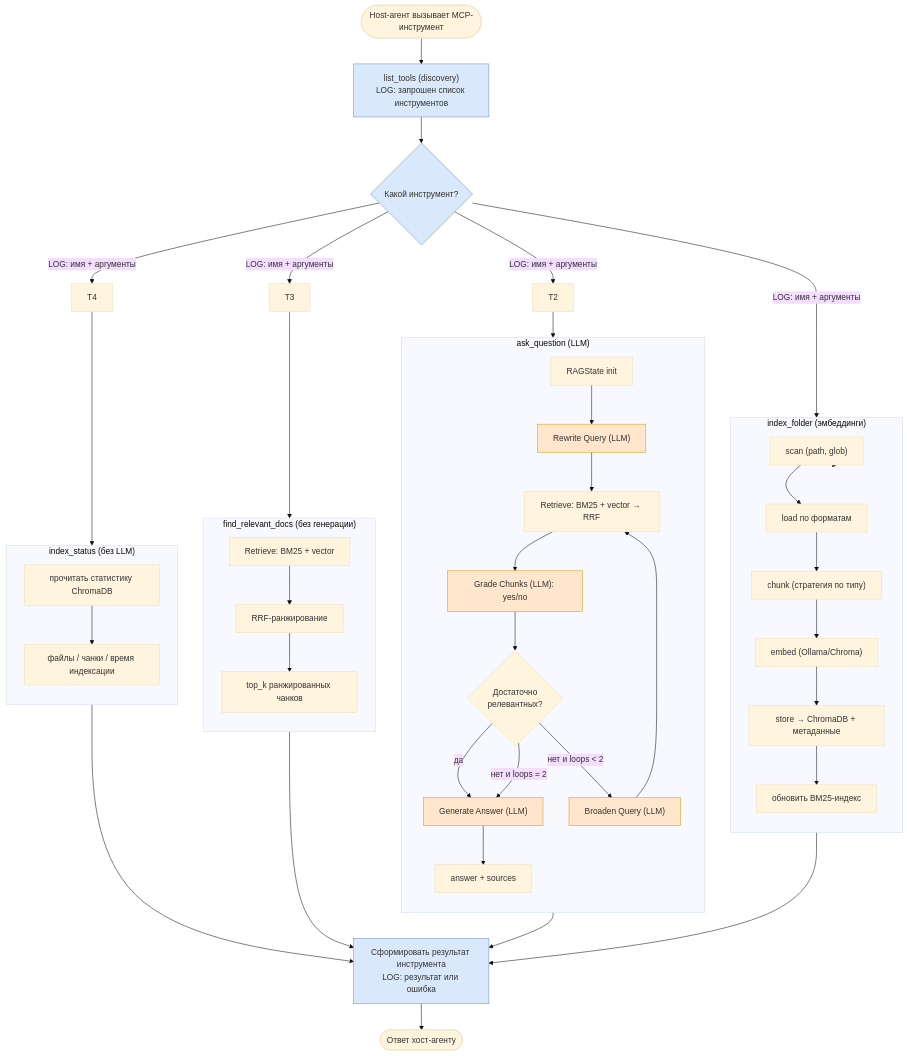
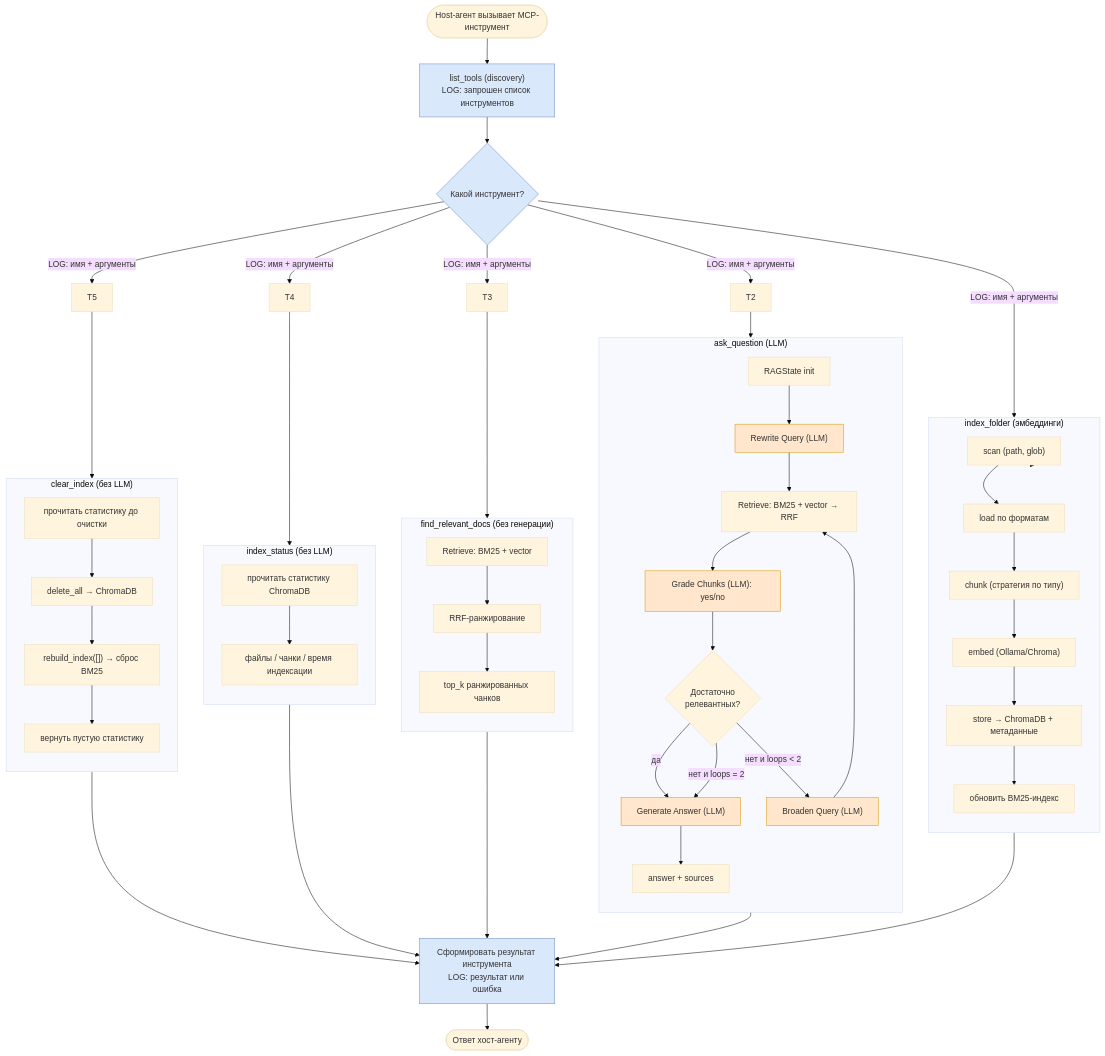
Before and after one commit to delnsk/otus_final_project: the second of 6 diagrams in docs/ARCHITECTURE.md, drawn with Mermaid (base theme). The commit also changed other lines of this file and 12 other files, not shown here.

Commit message:
Add clear_index MCP tool for complete index removal. Updated README.md and ARCHITECTURE.md to reflect the addition of the new tool and its functionality. Enhanced logging for index clearing operations and added corresponding tests to ensure functionality.

````diff
--- a/docs/ARCHITECTURE.md
+++ b/docs/ARCHITECTURE.md
@@ -207,66 +210,77 @@
 ```mermaid
 flowchart TD
     START(["Host-агент вызывает MCP-инструмент"]) --> DISCOVERY
 
     DISCOVERY["list_tools (discovery)<br/>LOG: запрошен список инструментов"] --> DISPATCH
 
     DISPATCH{"Какой инструмент?"}
     DISPATCH -->|"LOG: имя + аргументы"| T1
     DISPATCH -->|"LOG: имя + аргументы"| T2
     DISPATCH -->|"LOG: имя + аргументы"| T3
     DISPATCH -->|"LOG: имя + аргументы"| T4
+    DISPATCH -->|"LOG: имя + аргументы"| T5
 
     %% index_folder
     subgraph IF["index_folder (эмбеддинги)"]
         direction TB
         T1["scan (path, glob)"] --> T1b["load по форматам"]
         T1b --> T1c["chunk (стратегия по типу)"]
         T1c --> T1d["embed (Ollama/Chroma)"]
         T1d --> T1e["store → ChromaDB + метаданные"]
         T1e --> T1f["обновить BM25-индекс"]
     end
 
     %% ask_question
     subgraph AQ["ask_question (LLM)"]
         direction TB
         A0["RAGState init"] --> A1["Rewrite Query (LLM)"]
         A1 --> A2["Retrieve: BM25 + vector → RRF"]
         A2 --> A3["Grade Chunks (LLM): yes/no"]
         A3 --> A4{"Достаточно<br/>релевантных?"}
         A4 -->|да| A5["Generate Answer (LLM)"]
         A4 -->|"нет и loops < 2"| A6["Broaden Query (LLM)"]
         A6 --> A2
         A4 -->|"нет и loops = 2"| A5
         A5 --> A7["answer + sources"]
     end
 
     %% find_relevant_docs
     subgraph FR["find_relevant_docs (без генерации)"]
         direction TB
         R1["Retrieve: BM25 + vector"] --> R2["RRF-ранжирование"]
         R2 --> R3["top_k ранжированных чанков"]
     end
 
     %% index_status
     subgraph IS["index_status (без LLM)"]
         direction TB
         S1["прочитать статистику ChromaDB"] --> S2["файлы / чанки / время индексации"]
     end
 
+    %% clear_index
+    subgraph CI["clear_index (без LLM)"]
+        direction TB
+        C1["прочитать статистику до очистки"] --> C2["delete_all → ChromaDB"]
+        C2 --> C3["rebuild_index([]) → сброс BM25"]
+        C3 --> C4["вернуть пустую статистику"]
+    end
+
     T1 --> IF
     T2 --> AQ
     T3 --> FR
     T4 --> IS
+    T5 --> CI
 
     T1f --> RESULT
     A7 --> RESULT
     R3 --> RESULT
     S2 --> RESULT
+    C4 --> RESULT
 
     RESULT["Сформировать результат инструмента<br/>LOG: результат или ошибка"] --> END(["Ответ хост-агенту"])
 
     classDef llm fill:#ffe6cc,stroke:#d79b00;
     classDef log fill:#dae8fc,stroke:#6c8ebf;
     class A1,A3,A5,A6 llm;
     class DISCOVERY,DISPATCH,RESULT log;
 ```
````
